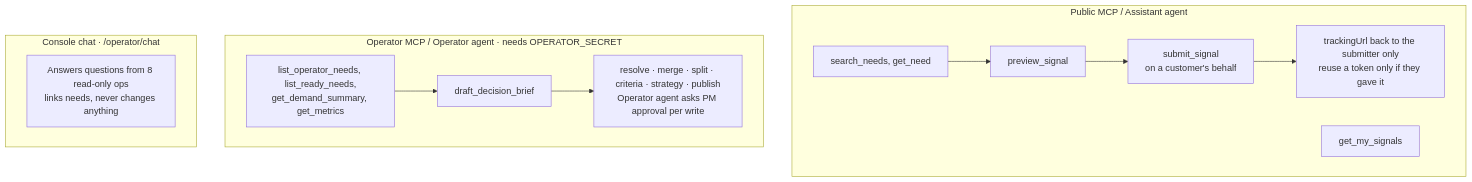
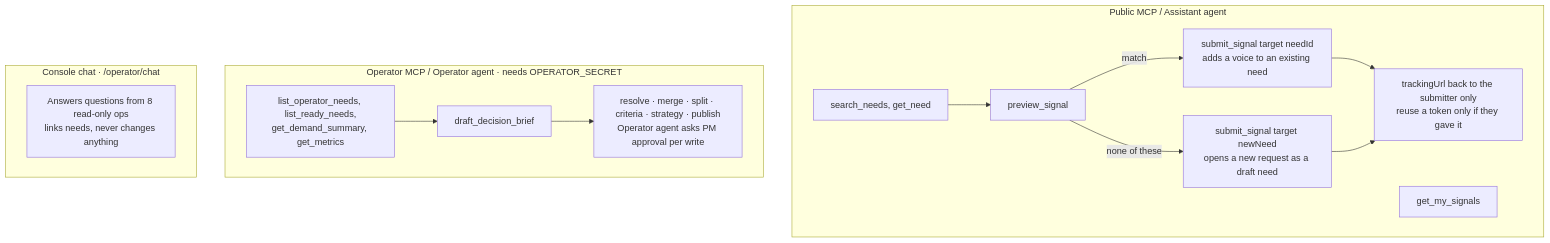
Before and after one commit to gaboesquivel/flow-signal: the seventh of 9 diagrams in docs/harness/product-workflows.md, drawn with Mermaid.

Commit message:
docs(harness): show agents opening a new request via submit_signal newNeed (#17)

````diff
--- a/docs/harness/product-workflows.md
+++ b/docs/harness/product-workflows.md
@@ -102,15 +102,18 @@
 ```mermaid
 flowchart TB
   subgraph Public[Public MCP / Assistant agent]
-    A1[search_needs, get_need] --> A2[preview_signal] --> A3[submit_signal<br/>on a customer's behalf]
-    A3 --> A5[trackingUrl back to the submitter only<br/>reuse a token only if they gave it]
+    A1[search_needs, get_need] --> A2[preview_signal]
+    A2 -->|match| A3[submit_signal target needId<br/>adds a voice to an existing need]
+    A2 -->|none of these| A6[submit_signal target newNeed<br/>opens a new request as a draft need]
+    A3 --> A5
+    A6 --> A5[trackingUrl back to the submitter only<br/>reuse a token only if they gave it]
     A4[get_my_signals]
   end
   subgraph Op[Operator MCP / Operator agent · needs OPERATOR_SECRET]
     B1[list_operator_needs, list_ready_needs,<br/>get_demand_summary, get_metrics] --> B2[draft_decision_brief]
     B2 --> B3[resolve · merge · split · criteria · strategy · publish<br/>Operator agent asks PM approval per write]
   end
   subgraph CH[Console chat · /operator/chat]
     C1[Answers questions from 8 read-only ops<br/>links needs, never changes anything]
   end
 ```
````
